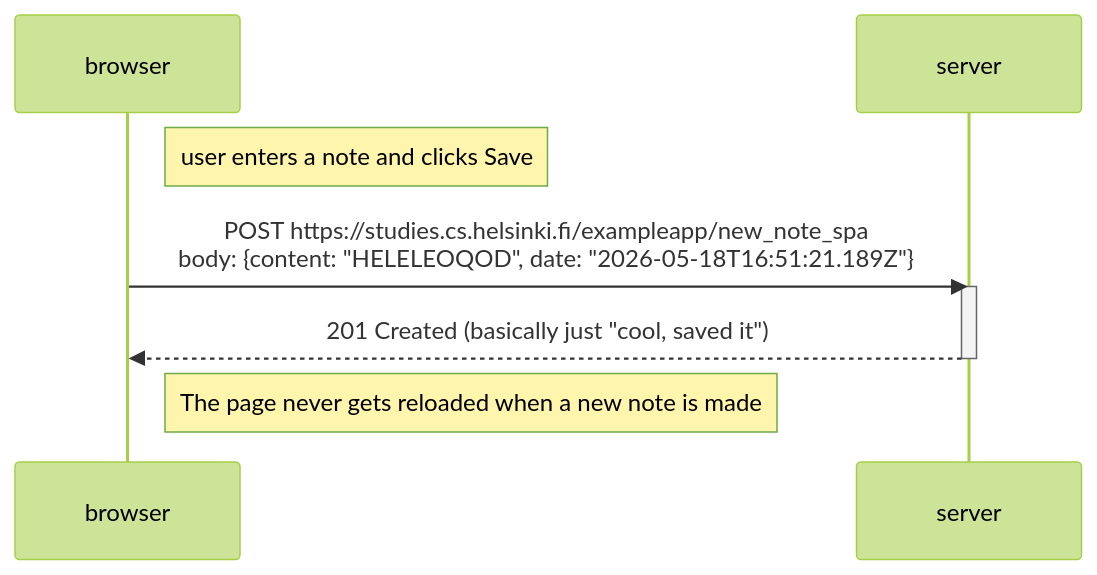
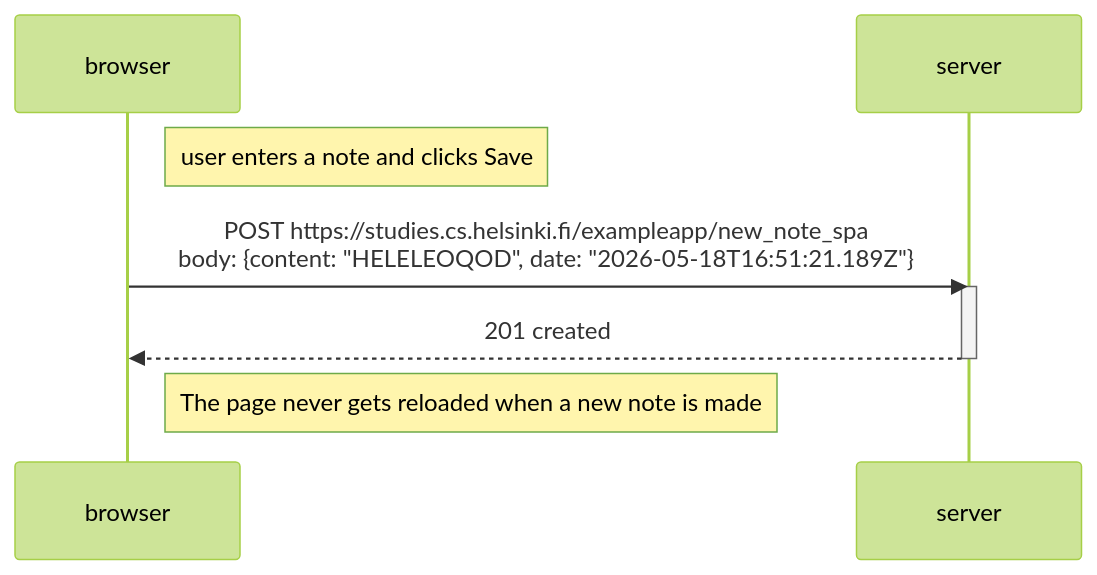
The diagram in Part0/newNoteSpaDiagram.md (mattYBCodeR/mooc-Fullstack), drawn with Mermaid (forest theme) before and after one commit.

````diff
--- a/Part0/newNoteSpaDiagram.md
+++ b/Part0/newNoteSpaDiagram.md
@@ -1,14 +1,14 @@
 ```mermaid
 sequenceDiagram
     participant browser
     participant server
 
     Note right of browser: user enters a note and clicks Save
 
     browser->>server: POST https://studies.cs.helsinki.fi/exampleapp/new_note_spa<br/>body: {content: "HELELEOQOD", date: "2026-05-18T16:51:21.189Z"}
     activate server
-    server-->>browser: 201 Created (basically just "cool, saved it")
+    server-->>browser: 201 created
     deactivate server
 
     Note right of browser: The page never gets reloaded when a new note is made
 ```
````
